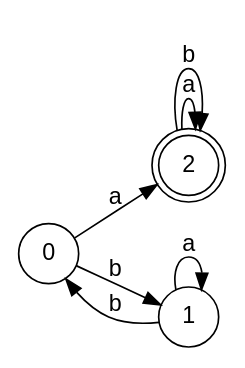
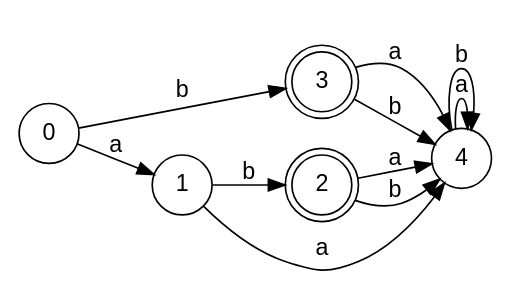
Before and after one commit to MishkaSimakov/FiniteAutomata: the diagram in files/drawing.dot, drawn with Graphviz. The commit also changed other lines of this file and 15 other files, not shown here.

```diff
--- a/files/drawing.dot
+++ b/files/drawing.dot
@@ -1,14 +1,18 @@
 digraph finite_state_machine {
 fontname="Helvetica,Arial,sans-serif"
 node [fontname="Helvetica,Arial,sans-serif"]
 edge [fontname="Helvetica,Arial,sans-serif"]
 rankdir=LR;
-node [shape = doublecircle]; 2;
+node [shape = doublecircle]; 2, 3;
 node [shape = circle];
-0 -> 2 [label = "a"];
-0 -> 1 [label = "b"];
-1 -> 1 [label = "a"];
-1 -> 0 [label = "b"];
-2 -> 2 [label = "a"];
-2 -> 2 [label = "b"];
+0 -> 1 [label = "a"];
+0 -> 3 [label = "b"];
+1 -> 4 [label = "a"];
+1 -> 2 [label = "b"];
+2 -> 4 [label = "a"];
+2 -> 4 [label = "b"];
+3 -> 4 [label = "a"];
+3 -> 4 [label = "b"];
+4 -> 4 [label = "a"];
+4 -> 4 [label = "b"];
 }
```
